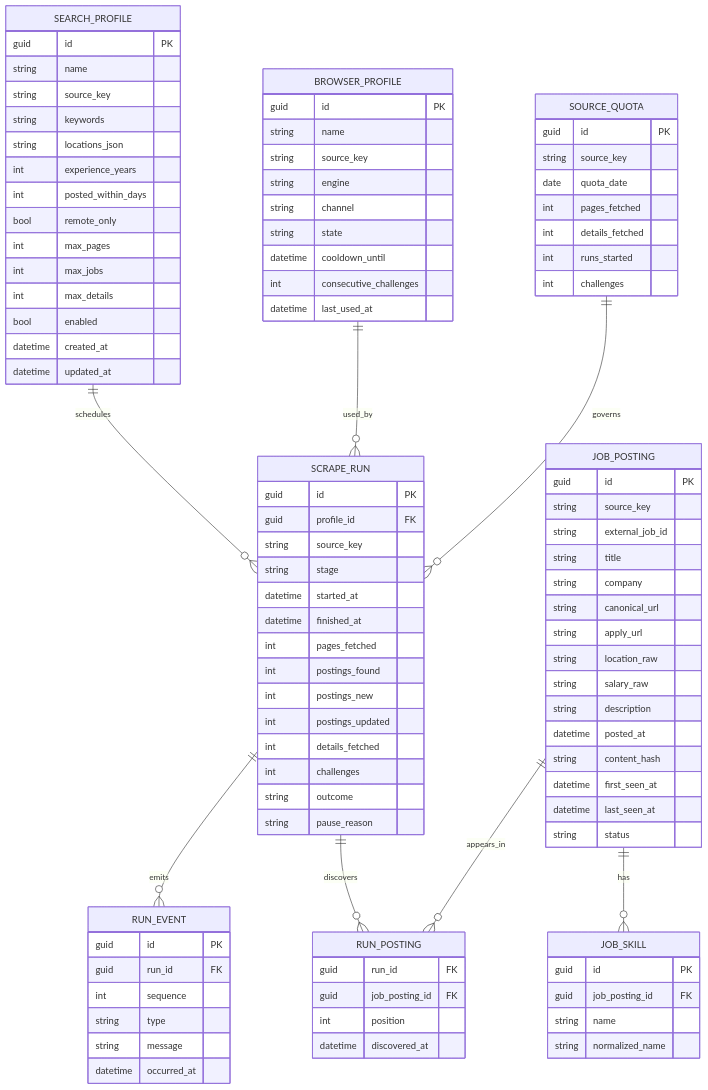
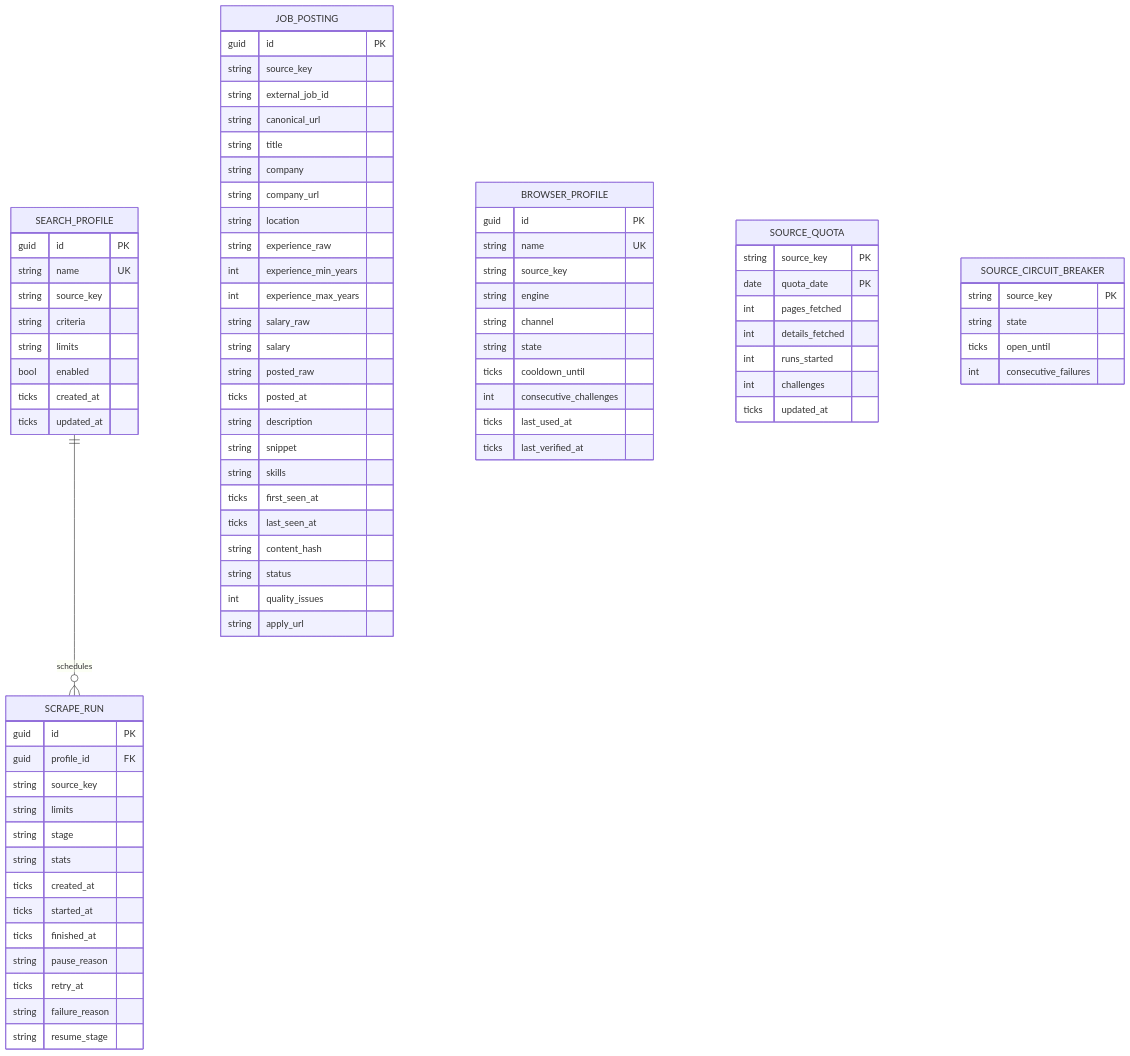
Before and after one commit to AslamNazeerShaikh/PlaywrightDotNet: the sixth of 6 diagrams in docs/03-domain-model.md, drawn with Mermaid. The commit also changed other lines of this file and 3 other files, not shown here.

First line of the commit message:
docs: ground architecture docs in the implemented codebase with verified mermaid

````diff
--- a/docs/03-domain-model.md
+++ b/docs/03-domain-model.md
@@ -614,107 +653,83 @@
 ```mermaid
 erDiagram
     SEARCH_PROFILE ||--o{ SCRAPE_RUN : schedules
-    SCRAPE_RUN ||--o{ RUN_EVENT : emits
-    SCRAPE_RUN ||--o{ RUN_POSTING : discovers
-    JOB_POSTING ||--o{ RUN_POSTING : appears_in
-    JOB_POSTING ||--o{ JOB_SKILL : has
-    BROWSER_PROFILE ||--o{ SCRAPE_RUN : used_by
-    SOURCE_QUOTA ||--o{ SCRAPE_RUN : governs
 
     SEARCH_PROFILE {
         guid id PK
-        string name
+        string name UK
         string source_key
-        string keywords
-        string locations_json
-        int experience_years
-        int posted_within_days
-        bool remote_only
-        int max_pages
-        int max_jobs
-        int max_details
+        string criteria
+        string limits
         bool enabled
-        datetime created_at
-        datetime updated_at
+        ticks created_at
+        ticks updated_at
     }
-
     SCRAPE_RUN {
         guid id PK
         guid profile_id FK
         string source_key
+        string limits
         string stage
-        datetime started_at
-        datetime finished_at
-        int pages_fetched
-        int postings_found
-        int postings_new
-        int postings_updated
-        int details_fetched
-        int challenges
-        string outcome
+        string stats
+        ticks created_at
+        ticks started_at
+        ticks finished_at
         string pause_reason
+        ticks retry_at
+        string failure_reason
+        string resume_stage
     }
-
     JOB_POSTING {
         guid id PK
         string source_key
         string external_job_id
+        string canonical_url
         string title
         string company
-        string canonical_url
+        string company_url
+        string location
+        string experience_raw
+        int experience_min_years
+        int experience_max_years
+        string salary_raw
+        string salary
+        string posted_raw
+        ticks posted_at
+        string description
+        string snippet
+        string skills
+        ticks first_seen_at
+        ticks last_seen_at
+        string content_hash
+        string status
+        int quality_issues
         string apply_url
-        string location_raw
-        string salary_raw
-        string description
-        datetime posted_at
-        string content_hash
-        datetime first_seen_at
-        datetime last_seen_at
-        string status
     }
-
-    JOB_SKILL {
-        guid id PK
-        guid job_posting_id FK
-        string name
-        string normalized_name
-    }
-
-    RUN_POSTING {
-        guid run_id FK
-        guid job_posting_id FK
-        int position
-        datetime discovered_at
-    }
-
     BROWSER_PROFILE {
         guid id PK
-        string name
+        string name UK
         string source_key
         string engine
         string channel
         string state
-        datetime cooldown_until
+        ticks cooldown_until
         int consecutive_challenges
-        datetime last_used_at
+        ticks last_used_at
+        ticks last_verified_at
     }
-
     SOURCE_QUOTA {
-        guid id PK
-        string source_key
-        date quota_date
+        string source_key PK
+        date quota_date PK
         int pages_fetched
         int details_fetched
         int runs_started
         int challenges
+        ticks updated_at
     }
-
-    RUN_EVENT {
-        guid id PK
-        guid run_id FK
-        int sequence
-        string type
-        string message
-        datetime occurred_at
+    SOURCE_CIRCUIT_BREAKER {
+        string source_key PK
+        string state
+        ticks open_until
+        int consecutive_failures
     }
 ```
````
